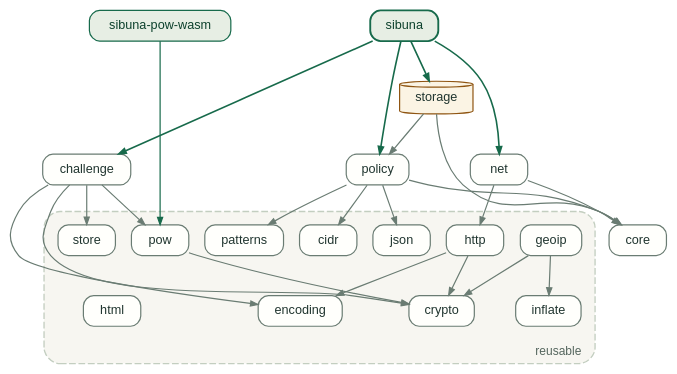
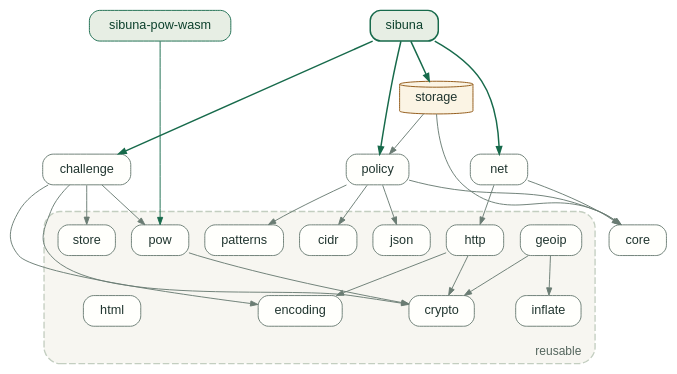
Before and after one commit to insanai/sibuna: the diagram in docs/sid/diagrams/crates.dot, drawn with Graphviz. The commit also changed 9 other files, not shown here.

Commit message:
docs: draw the crate graphs with the guideline's strokes

```diff
--- a/docs/sid/diagrams/crates.dot
+++ b/docs/sid/diagrams/crates.dot
@@ -1,26 +1,26 @@
 digraph crates {
   graph [rankdir=TB, bgcolor="transparent", newrank=true, nodesep=0.16, ranksep=0.42, pad=0.2, fontname="Helvetica", fontsize=9, fontcolor="#55665e"];
-  node [shape=box, style="rounded,filled", fontname="Helvetica", fontsize=9.5, fontcolor="#20352f", color="#6a7c73", fillcolor="#fffffc", penwidth=0.9, height=0.32, width=0.6, margin="0.12,0.05"];
-  edge [color="#6a7c73", arrowsize=0.55, penwidth=0.9];
+  node [shape=box, style="rounded,filled", fontname="Helvetica", fontsize=9.5, fontcolor="#20352f", color="#6a7c73", fillcolor="#fffffc", penwidth=0.7, height=0.32, width=0.6, margin="0.12,0.05"];
+  edge [color="#6a7c73", arrowsize=0.55, penwidth=0.7];
 
-  sibuna [color="#176a4b", fillcolor="#e7eee4", fontcolor="#0c402c", penwidth=1.4];
+  sibuna [color="#176a4b", fillcolor="#e7eee4", fontcolor="#0c402c", penwidth=1.1];
   "sibuna-pow-wasm" [color="#176a4b", fillcolor="#e7eee4", fontcolor="#0c402c"];
   storage [color="#8f5512", fillcolor="#fbf4e4", shape=cylinder, style=filled];
   policy; challenge; net; core;
   subgraph cluster_reusable {
     label="reusable"; labelloc=b; labeljust=r; style="dashed,rounded,filled"; color="#c3cec0"; fillcolor="#f7f6f1"; margin=10;
     crypto; encoding; json; pow; http; patterns; cidr; store; inflate; geoip; html;
   }
   { rank=same; sibuna; "sibuna-pow-wasm"; }
   { rank=same; policy; challenge; net; }
   { rank=same; encoding; crypto; inflate; html; }
 
-  sibuna -> policy [color="#176a4b", penwidth=1.2]; sibuna -> challenge [color="#176a4b", penwidth=1.2];
-  sibuna -> net [color="#176a4b", penwidth=1.2]; sibuna -> storage [color="#176a4b", penwidth=1.2];
+  sibuna -> policy [color="#176a4b", penwidth=1.1]; sibuna -> challenge [color="#176a4b", penwidth=1.1];
+  sibuna -> net [color="#176a4b", penwidth=1.1]; sibuna -> storage [color="#176a4b", penwidth=1.1];
   storage -> policy; storage -> core;
   policy -> patterns; policy -> cidr; policy -> json; policy -> core;
   challenge -> crypto; challenge -> pow; challenge -> store; challenge -> encoding;
   net -> http; net -> core;
   pow -> crypto; http -> crypto; http -> encoding; geoip -> inflate; geoip -> crypto;
   "sibuna-pow-wasm" -> pow [color="#176a4b"];
 }
```
